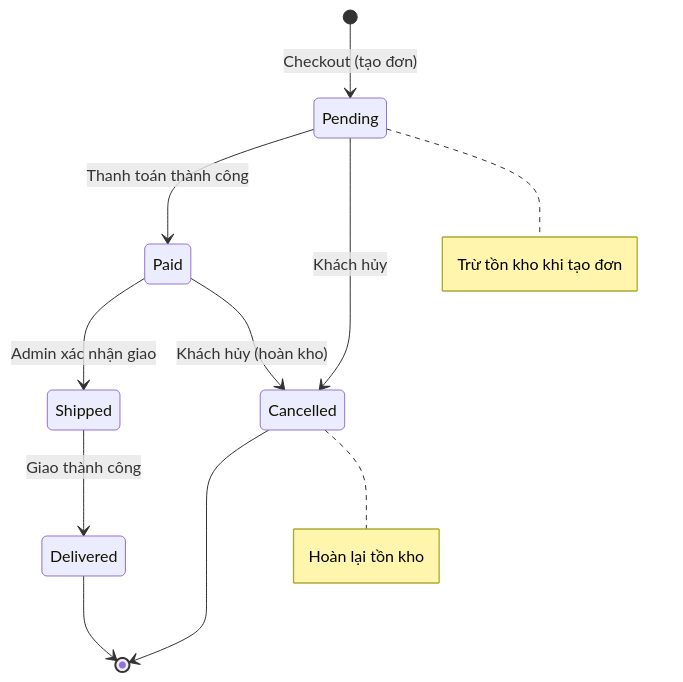
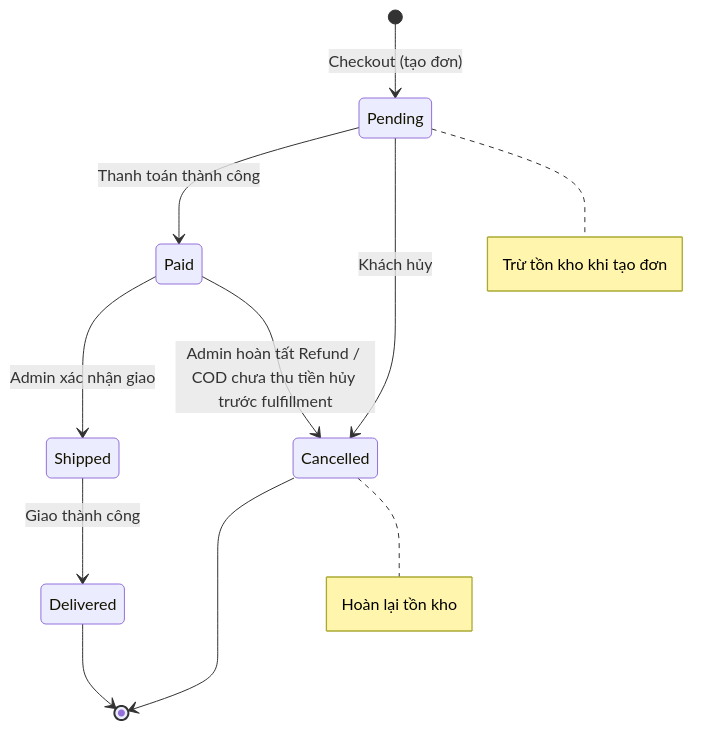
The first of 4 diagrams in docs/diagrams/state-machine.md (nhuy2005-alexandors/Marketplace), drawn with Mermaid before and after one commit. The commit also changed other lines of this file and 1 other file, not shown here.

Commit message:
docs(refund): update SRS and commerce state machines

````diff
--- a/docs/diagrams/state-machine.md
+++ b/docs/diagrams/state-machine.md
@@ -7,22 +7,22 @@
 ```mermaid
 stateDiagram-v2
     [*] --> Pending: Checkout (tạo đơn)
 
     Pending --> Paid: Thanh toán thành công
     Pending --> Cancelled: Khách hủy
 
     Paid --> Shipped: Admin xác nhận giao
-    Paid --> Cancelled: Khách hủy (hoàn kho)
+    Paid --> Cancelled: Admin hoàn tất Refund / COD chưa thu tiền hủy trước fulfillment
 
     Shipped --> Delivered: Giao thành công
 
     Delivered --> [*]
     Cancelled --> [*]
 
     note right of Pending
         Trừ tồn kho khi tạo đơn
     end note
     note right of Cancelled
         Hoàn lại tồn kho
     end note
 ```
````
